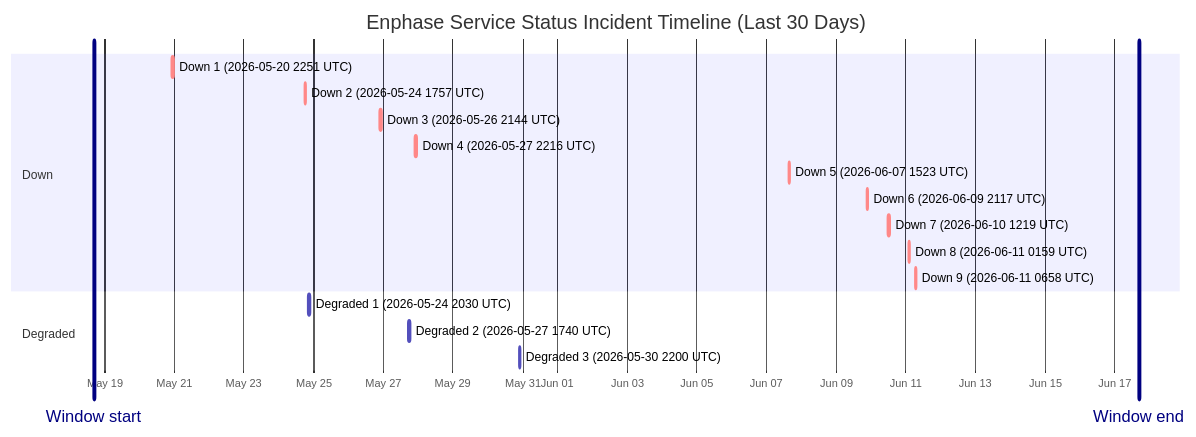
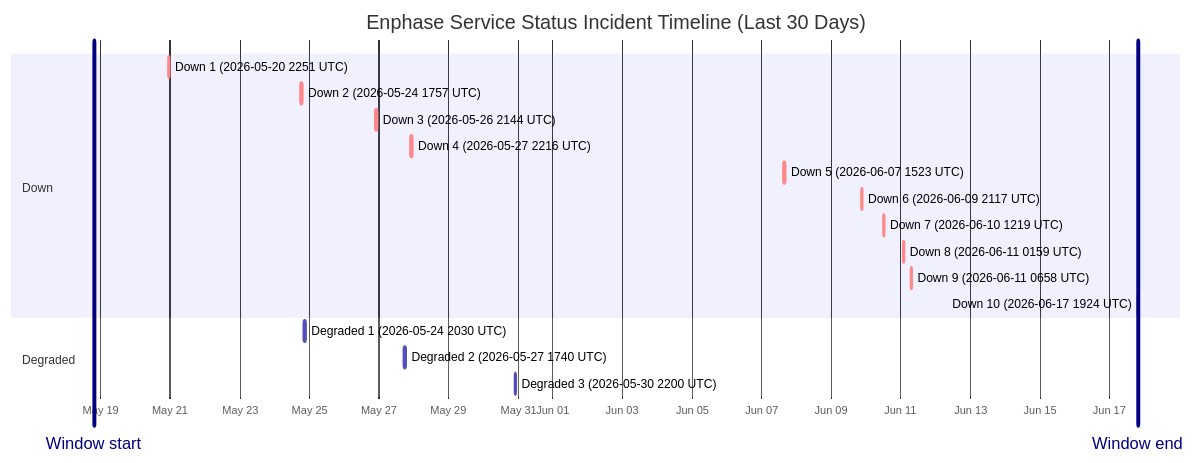
One commit to barneyonline/ha-enphase-energy changed the diagram in wiki/Service-Status-History.md. Above: the diagram before and after it, drawn with Mermaid. The commit also changed other lines of this file and 5 other files, not shown here.

````diff
--- a/wiki/Service-Status-History.md
+++ b/wiki/Service-Status-History.md
@@ -14,22 +14,23 @@
 ```mermaid
 gantt
     title Enphase Service Status Incident Timeline (Last 30 Days)
     dateFormat  YYYY-MM-DDTHH:mm:ss
     axisFormat  %b %d
-    Window start :vert, window-start, 2026-05-18T16:45:09, 0ms
-    Window end :vert, window-end, 2026-06-17T16:45:09, 0ms
+    Window start :vert, window-start, 2026-05-18T19:24:51, 0ms
+    Window end :vert, window-end, 2026-06-17T19:24:51, 0ms
     section Down
     Down 1 (2026-05-20 2251 UTC) :crit, down-1, 2026-05-20T22:51:14, 75m
     Down 2 (2026-05-24 1757 UTC) :crit, down-2, 2026-05-24T17:57:41, 86m
     Down 3 (2026-05-26 2144 UTC) :crit, down-3, 2026-05-26T21:44:11, 85m
     Down 4 (2026-05-27 2216 UTC) :crit, down-4, 2026-05-27T22:16:53, 87m
     Down 5 (2026-06-07 1523 UTC) :crit, down-5, 2026-06-07T15:23:22, 87m
     Down 6 (2026-06-09 2117 UTC) :crit, down-6, 2026-06-09T21:17:17, 60m
     Down 7 (2026-06-10 1219 UTC) :crit, down-7, 2026-06-10T12:19:21, 60m
     Down 8 (2026-06-11 0159 UTC) :crit, down-8, 2026-06-11T01:59:36, 60m
     Down 9 (2026-06-11 0658 UTC) :crit, down-9, 2026-06-11T06:58:45, 60m
+    Down 10 (2026-06-17 1924 UTC) :crit, down-10, 2026-06-17T19:24:51, 60m
     section Degraded
     Degraded 1 (2026-05-24 2030 UTC) :active, degraded-1, 2026-05-24T20:30:57, 84m
     Degraded 2 (2026-05-27 1740 UTC) :active, degraded-2, 2026-05-27T17:40:52, 60m
     Degraded 3 (2026-05-30 2200 UTC) :active, degraded-3, 2026-05-30T22:00:37, 60m
 ```
````
